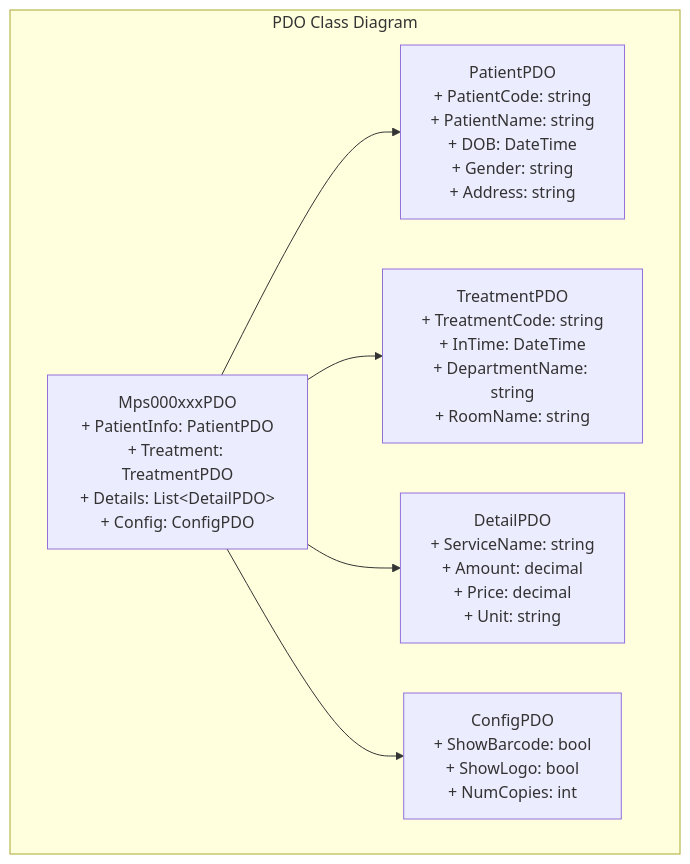
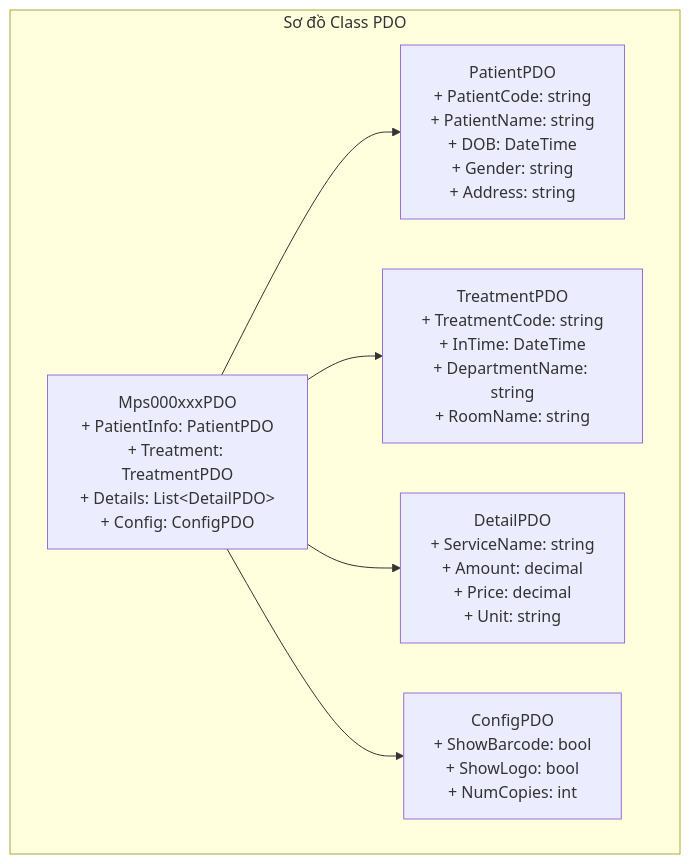
Before and after one commit to thangpnb/HIS: diagram 19 of 32 in docs/his-ba-documentation/04-integrations/notifications-events.md, drawn with Mermaid. The commit also changed other lines of this file and 30 other files, not shown here.

Commit message:
Refactor architecture docs and update translations

````diff
--- a/docs/his-ba-documentation/04-integrations/notifications-events.md
+++ b/docs/his-ba-documentation/04-integrations/notifications-events.md
@@ -1423,19 +1299,19 @@
 ```mermaid
 graph TB
-    subgraph "PDO Class Diagram"
+    subgraph "Sơ đồ Class PDO"
         MainPDO["Mps000xxxPDO<br/>+ PatientInfo: PatientPDO<br/>+ Treatment: TreatmentPDO<br/>+ Details: List&lt;DetailPDO&gt;<br/>+ Config: ConfigPDO"]
         
         PatientPDO["PatientPDO<br/>+ PatientCode: string<br/>+ PatientName: string<br/>+ DOB: DateTime<br/>+ Gender: string<br/>+ Address: string"]
         
         TreatmentPDO["TreatmentPDO<br/>+ TreatmentCode: string<br/>+ InTime: DateTime<br/>+ DepartmentName: string<br/>+ RoomName: string"]
         
         DetailPDO["DetailPDO<br/>+ ServiceName: string<br/>+ Amount: decimal<br/>+ Price: decimal<br/>+ Unit: string"]
         
         ConfigPDO["ConfigPDO<br/>+ ShowBarcode: bool<br/>+ ShowLogo: bool<br/>+ NumCopies: int"]
         
         MainPDO --> PatientPDO
         MainPDO --> TreatmentPDO
         MainPDO --> DetailPDO
         MainPDO --> ConfigPDO
     end
 ```
````
